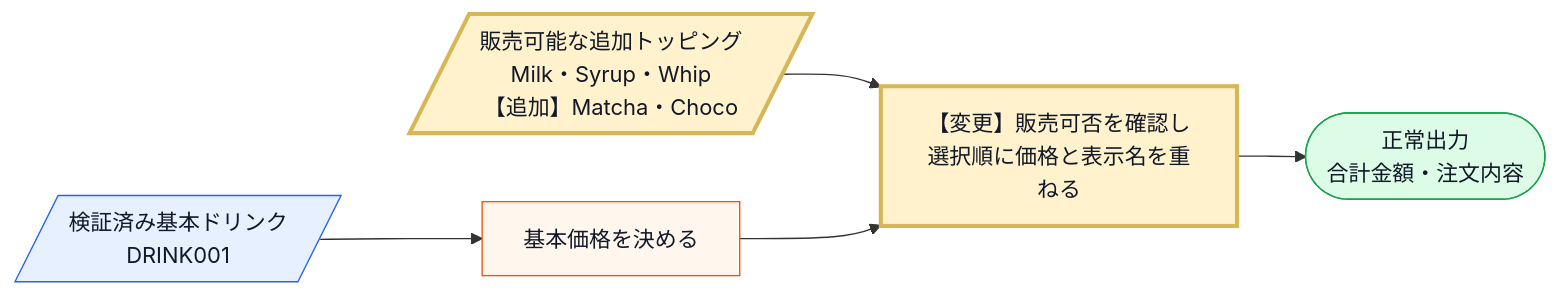
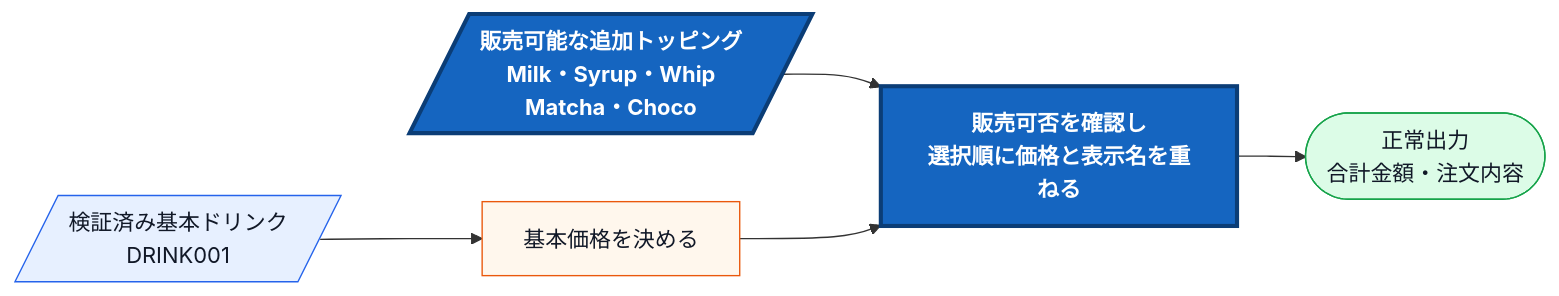
The fifth of 11 diagrams in kindle/design-patterns/output/chapter06.md (kumachan1101-pixel/DesignPattern), drawn with Mermaid before and after one commit. The commit also changed 19 other files, not shown here.

First line of the commit message:
図の変更箇所を色で示し、変更前後の対比の説明構造をそろえる

````diff
--- a/kindle/design-patterns/output/chapter06.md
+++ b/kindle/design-patterns/output/chapter06.md
@@ -672,14 +672,14 @@
 ```mermaid
 flowchart LR
     A[/検証済み基本ドリンク<br>DRINK001/]:::input --> E[基本価格を決める]:::process
-    C[/販売可能な追加トッピング<br>Milk・Syrup・Whip<br>【追加】Matcha・Choco/]:::input --> F[【変更】販売可否を確認し<br>選択順に価格と表示名を重ねる]:::process
+    C[/販売可能な追加トッピング<br>Milk・Syrup・Whip<br>Matcha・Choco/]:::input --> F[販売可否を確認し<br>選択順に価格と表示名を重ねる]:::process
     E --> F
     F --> G([正常出力<br>合計金額・注文内容]):::normal
 
     classDef input fill:#e7f0ff,stroke:#2563eb,color:#111827;
     classDef process fill:#fff7ed,stroke:#ea580c,color:#111827;
     classDef decision fill:#fef9c3,stroke:#ca8a04,color:#111827;
     classDef normal fill:#dcfce7,stroke:#16a34a,color:#111827;
-    classDef changed fill:#fff2cc,stroke:#d6b656,stroke-width:3px,color:#111827;
+    classDef changed fill:#1565c0,stroke:#0b3d76,stroke-width:3px,color:#ffffff,font-weight:bold;
     class C,F changed;
 ```
````
